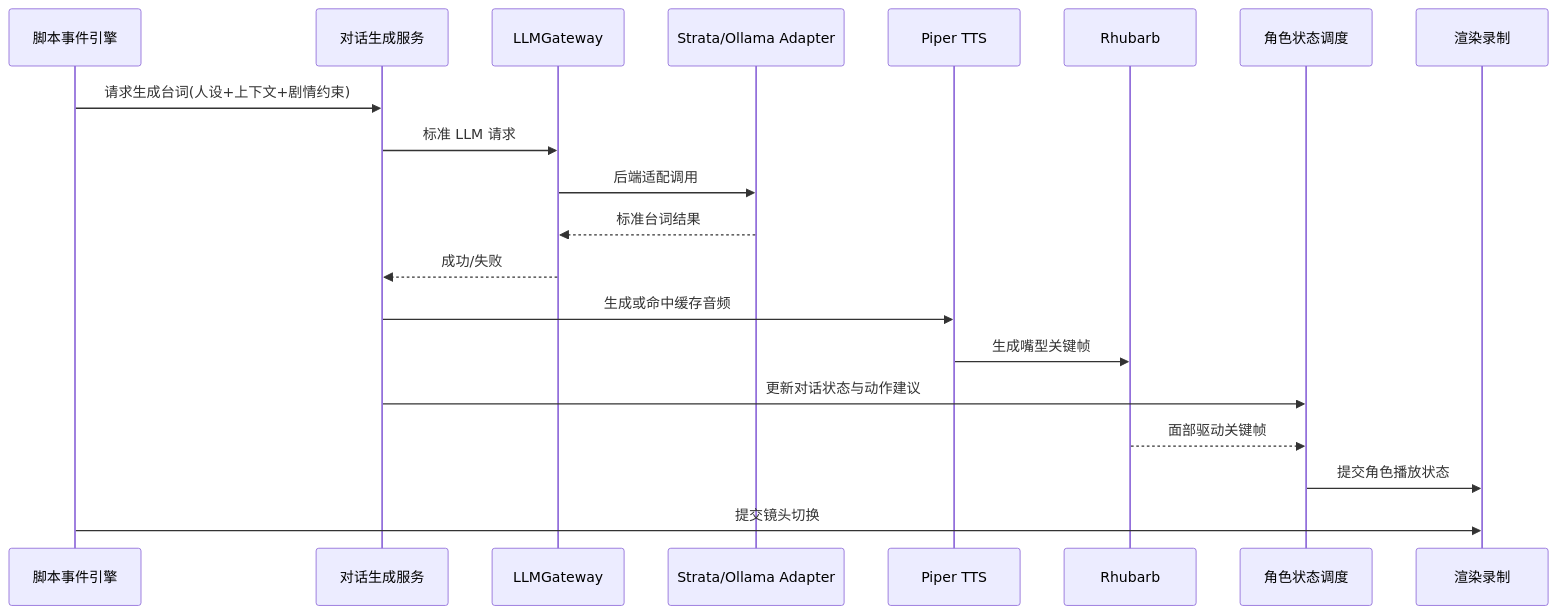
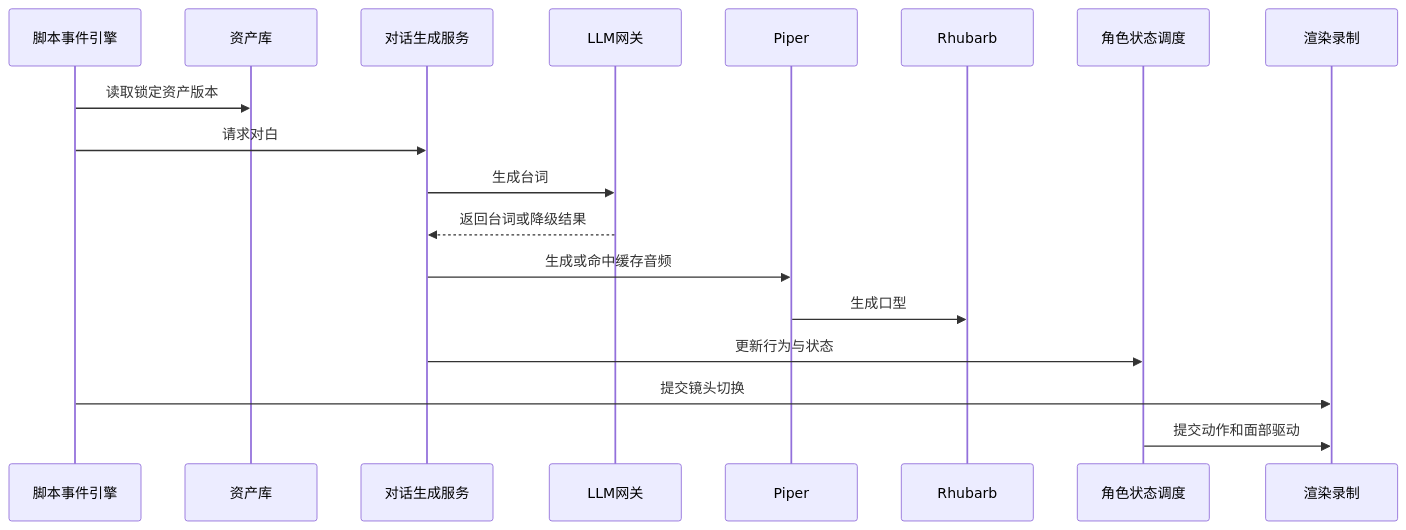
The third of 3 diagrams in shortfilm-pipeline-docs/01-hld-overview.md (WangDan1989/AutoVision-AI), drawn with Mermaid before and after one commit. The commit also changed other lines of this file and 14 other files, not shown here.

````diff
--- a/shortfilm-pipeline-docs/01-hld-overview.md
+++ b/shortfilm-pipeline-docs/01-hld-overview.md
@@ -254,23 +306,21 @@
 ```mermaid
 sequenceDiagram
     participant Script as 脚本事件引擎
+    participant Library as 资产库
     participant Dialog as 对话生成服务
-    participant Gateway as LLMGateway
-    participant Adapter as Strata/Ollama Adapter
-    participant TTS as Piper TTS
+    participant LLM as LLM网关
+    participant TTS as Piper
     participant Lip as Rhubarb
     participant State as 角色状态调度
     participant Render as 渲染录制
 
-    Script->>Dialog: 请求生成台词(人设+上下文+剧情约束)
-    Dialog->>Gateway: 标准 LLM 请求
-    Gateway->>Adapter: 后端适配调用
-    Adapter-->>Gateway: 标准台词结果
-    Gateway-->>Dialog: 成功/失败
+    Script->>Library: 读取锁定资产版本
+    Script->>Dialog: 请求对白
+    Dialog->>LLM: 生成台词
+    LLM-->>Dialog: 返回台词或降级结果
     Dialog->>TTS: 生成或命中缓存音频
-    TTS->>Lip: 生成嘴型关键帧
-    Dialog->>State: 更新对话状态与动作建议
-    Lip-->>State: 面部驱动关键帧
-    State->>Render: 提交角色播放状态
+    TTS->>Lip: 生成口型
+    Dialog->>State: 更新行为与状态
     Script->>Render: 提交镜头切换
+    State->>Render: 提交动作和面部驱动
 ```
````
